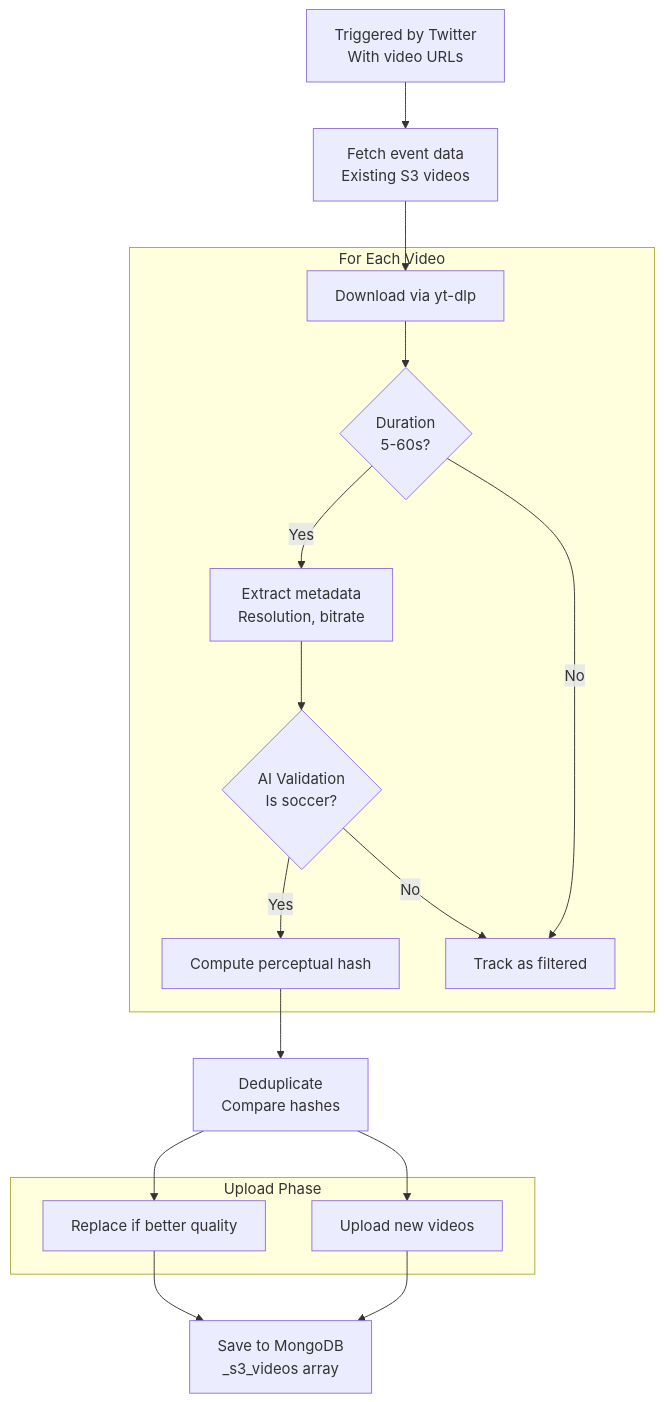
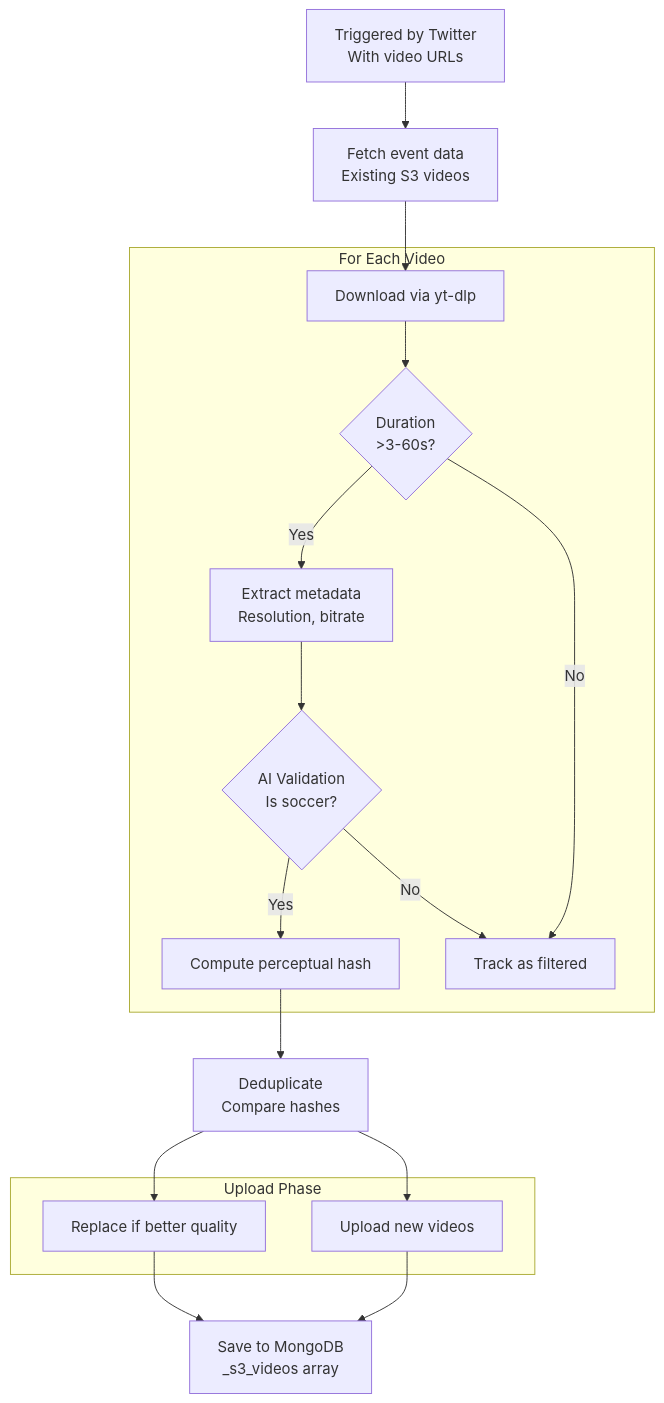
Before and after one commit to vedantadhobley/found-footy: diagram 13 of 13 in README.md, drawn with Mermaid. The commit also changed other lines of this file and 3 other files, not shown here.

````diff
--- a/README.md
+++ b/README.md
@@ -571,34 +571,34 @@
 ```mermaid
 flowchart TB
     TRIGGER[Triggered by Twitter<br/>With video URLs]
     
     FETCH[Fetch event data<br/>Existing S3 videos]
     
     subgraph EACH["For Each Video"]
         DL[Download via yt-dlp]
-        FILTER{Duration<br/>5-60s?}
+        FILTER{Duration<br/>>3-60s?}
         META[Extract metadata<br/>Resolution, bitrate]
         VALIDATE{AI Validation<br/>Is soccer?}
         HASH[Compute perceptual hash]
         FILTERED[Track as filtered]
     end
     
     DEDUP[Deduplicate<br/>Compare hashes]
     
     subgraph UPLOAD["Upload Phase"]
         REPLACE[Replace if better quality]
         NEW[Upload new videos]
     end
     
     SAVE[Save to MongoDB<br/>_s3_videos array]
     
     TRIGGER --> FETCH --> DL
     DL --> FILTER
     FILTER -->|Yes| META --> VALIDATE
     VALIDATE -->|Yes| HASH
     VALIDATE -->|No| FILTERED
     FILTER -->|No| FILTERED
     HASH --> DEDUP
     DEDUP --> REPLACE & NEW
     REPLACE & NEW --> SAVE
 ```
````
